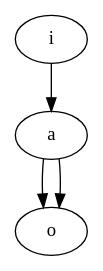
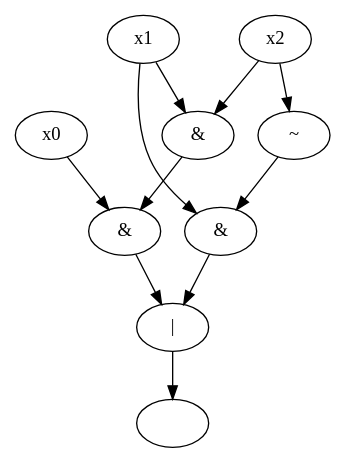
Before and after one commit to Mieow-ai/Directed-Graph-Boolean-Circuit-Simulator: the diagram in temp.dot, drawn with Graphviz. The commit also changed 4 other files, not shown here.

```diff
--- a/temp.dot
+++ b/temp.dot
@@ -1,8 +1,21 @@
 Digraph G {
-0 [label="i",isInput=True,isOutput=False];
-1 [label="a",isInput=False,isOutput=False];
-2 [label="o",isInput=False,isOutput=True];
+0 [label="|",isInput=False,isOutput=False];
+1 [label="",isInput=False,isOutput=True];
+2 [label="&",isInput=False,isOutput=False];
+3 [label="x0",isInput=False,isOutput=False];
+4 [label="&",isInput=False,isOutput=False];
+5 [label="x1",isInput=False,isOutput=False];
+6 [label="x2",isInput=False,isOutput=False];
+7 [label="&",isInput=False,isOutput=False];
+9 [label="~",isInput=False,isOutput=False];
 0 -> 1;
-1 -> 2;
-1 -> 2;
+2 -> 0;
+3 -> 2;
+4 -> 2;
+5 -> 4;
+5 -> 7;
+6 -> 4;
+6 -> 9;
+7 -> 0;
+9 -> 7;
 }
```
